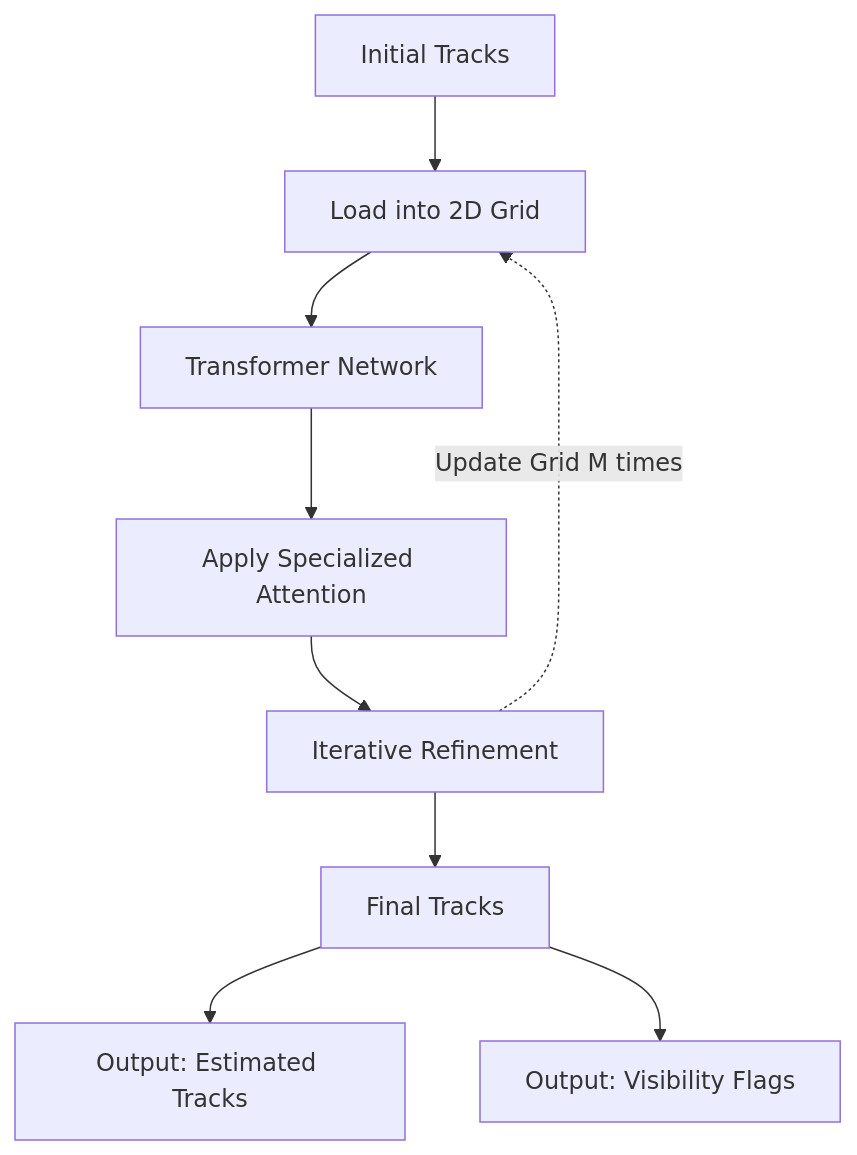
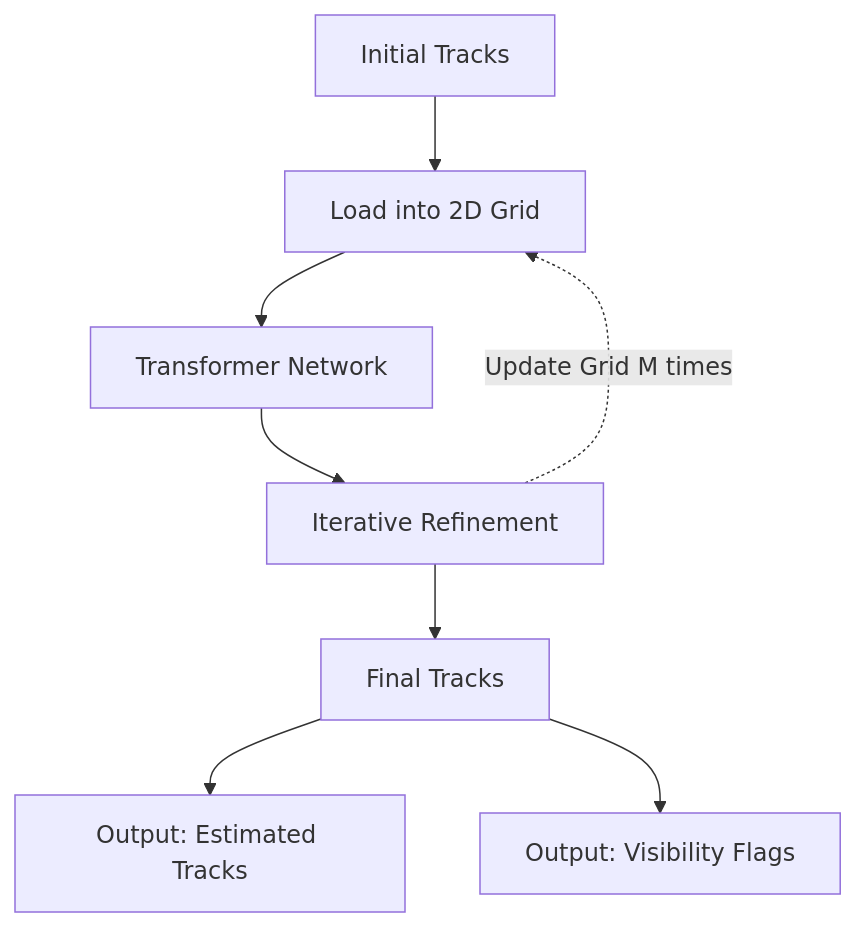
The diagram in cotracker/README.md (IERoboticsClub/PoW), drawn with Mermaid before and after one commit. The commit also changed other lines of this file, not shown here.

````diff
--- a/cotracker/README.md
+++ b/cotracker/README.md
@@ -26,11 +26,10 @@
 ```mermaid
 graph TD
     A[Initial Tracks] --> B[Load into 2D Grid]
-    B --> C[Transformer Network]
-    C --> D[Apply Specialized Attention]
+    B --> D[Transformer Network]
     D --> E[Iterative Refinement]
     E -. "Update Grid M times" .-> B
     E --> F[Final Tracks]
     F --> G[Output: Estimated Tracks]
     F --> H[Output: Visibility Flags]
 ```
````
